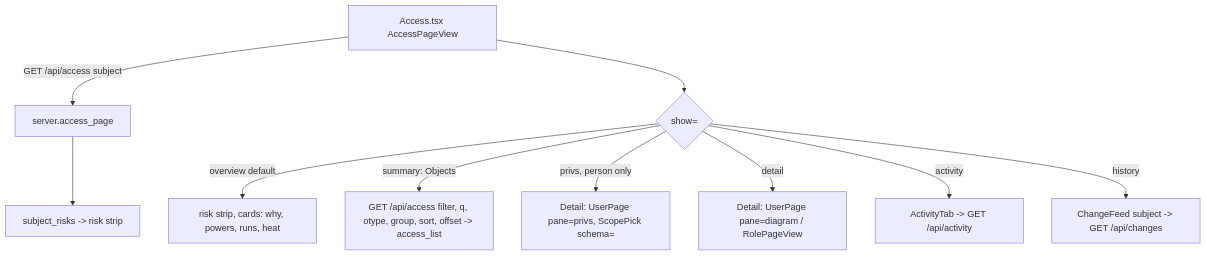
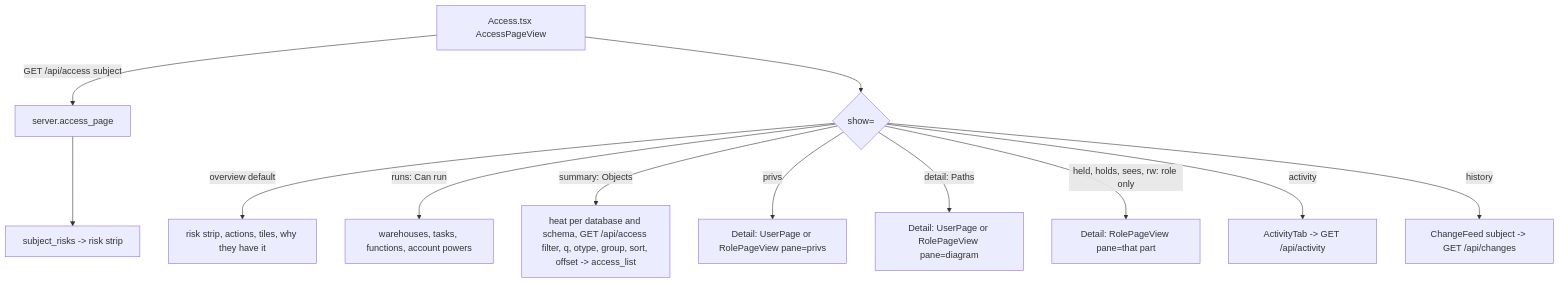
The diagram in snowflake-access-explorer-knowledge-graph/flows/access-page.md (darshanmeel/snowflake-access-explorer), drawn with Mermaid before and after one commit. The commit also changed other lines of this file and 90 other files, not shown here.

Commit message:
Knowledge graph: up to date with the left-nav sections, Can they?, Compare, What if and risk tables

````diff
--- a/snowflake-access-explorer-knowledge-graph/flows/access-page.md
+++ b/snowflake-access-explorer-knowledge-graph/flows/access-page.md
@@ -6,12 +6,14 @@
 ```mermaid
 flowchart TD
   A[Access.tsx AccessPageView] -->|GET /api/access subject| S[server.access_page]
   S --> R[subject_risks -> risk strip]
   A --> T{show=}
-  T -->|overview default| O[risk strip, cards: why, powers, runs, heat]
-  T -->|summary: Objects| L[GET /api/access filter, q, otype, group, sort, offset -> access_list]
-  T -->|privs, person only| P[Detail: UserPage pane=privs, ScopePick schema=]
-  T -->|detail| D[Detail: UserPage pane=diagram / RolePageView]
+  T -->|overview default| O[risk strip, actions, tiles, why they have it]
+  T -->|runs: Can run| RU[warehouses, tasks, functions, account powers]
+  T -->|summary: Objects| L[heat per database and schema, GET /api/access filter, q, otype, group, sort, offset -> access_list]
+  T -->|privs| P[Detail: UserPage or RolePageView pane=privs]
+  T -->|detail: Paths| D[Detail: UserPage or RolePageView pane=diagram]
+  T -->|held, holds, sees, rw: role only| RP[Detail: RolePageView pane=that part]
   T -->|activity| AC[ActivityTab -> GET /api/activity]
   T -->|history| H[ChangeFeed subject -> GET /api/changes]
 ```
````
